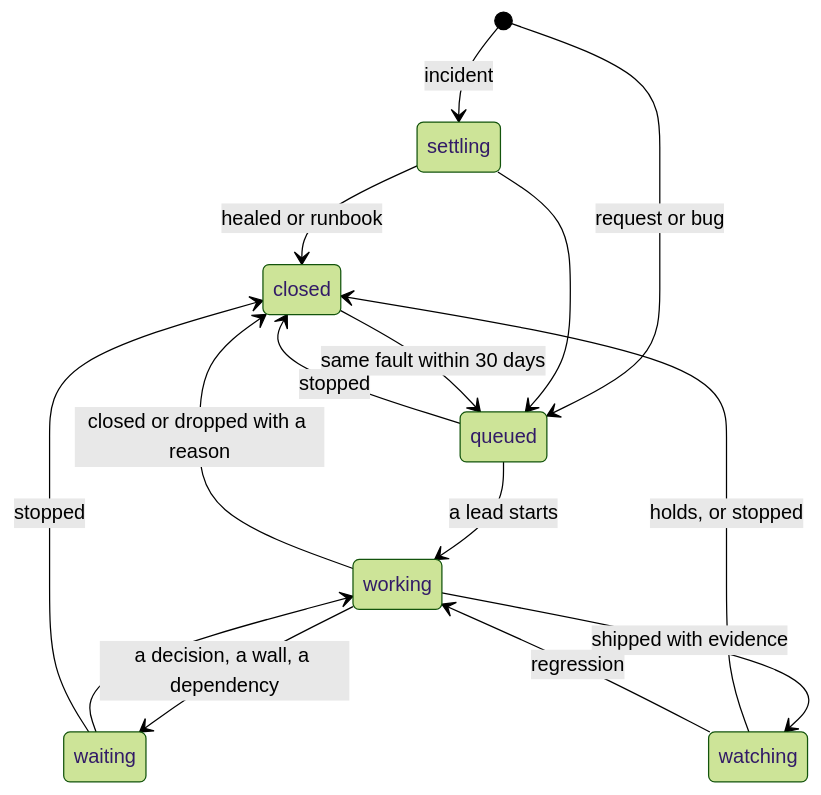
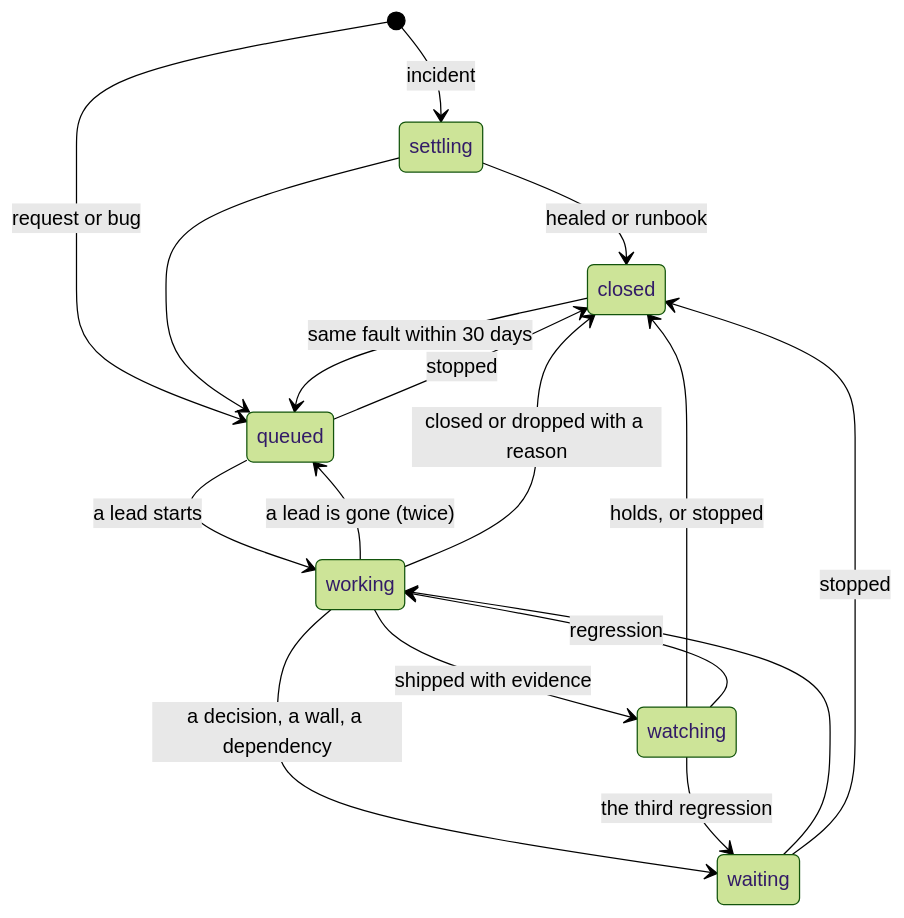
The second of 2 diagrams in docs/design.md (jkrumm/software-factory), drawn with Mermaid (forest theme) before and after one commit. The commit also changed other lines of this file and 17 other files, not shown here.

First line of the commit message:
feat(issues): every park can end — unreported ends on the lead's next turn, lead_gone starts the next attempt, a red verify is re-run once

````diff
--- a/docs/design.md
+++ b/docs/design.md
@@ -612,17 +612,19 @@
 ```mermaid
 stateDiagram-v2
   [*] --> settling: incident
   [*] --> queued: request or bug
   settling --> closed: healed or runbook
   settling --> queued
   queued --> working: a lead starts
   queued --> closed: stopped
   working --> waiting: a decision, a wall, a dependency
+  working --> queued: a lead is gone (twice)
   waiting --> working
   waiting --> closed: stopped
   working --> watching: shipped with evidence
   working --> closed: closed or dropped with a reason
   watching --> closed: holds, or stopped
   watching --> working: regression
+  watching --> waiting: the third regression
   closed --> queued: same fault within 30 days
 ```
````
